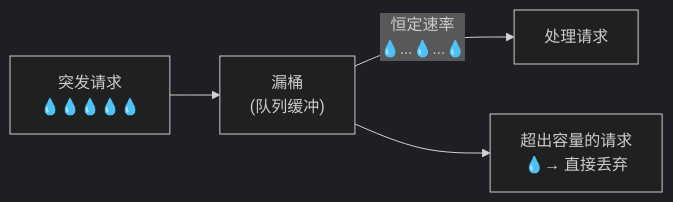
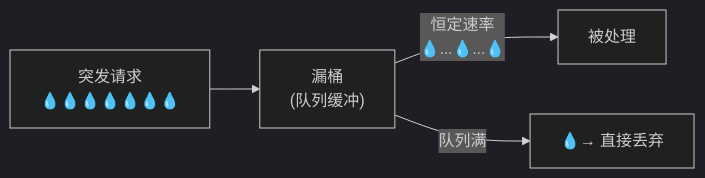
The third of 4 diagrams in content/posts/分布式/限流算法全解——计数器、滑动窗口、漏桶、令牌桶.md (guozy502/my-tech-blog), drawn with Mermaid (dark theme) before and after one commit. The commit also changed other lines of this file and 52 other files, not shown here.

````diff
--- a/content/posts/分布式/限流算法全解——计数器、滑动窗口、漏桶、令牌桶.md
+++ b/content/posts/分布式/限流算法全解——计数器、滑动窗口、漏桶、令牌桶.md
@@ -99,7 +115,7 @@
 ```mermaid
 flowchart LR
-    REQ["突发请求\n💧💧💧💧💧"] --> BUCKET["漏桶\n(队列缓冲)"]
-    BUCKET -->|"恒定速率\n💧...💧...💧"| OUT["处理请求"]
-    OVERFLOW["超出容量的请求\n💧→ 直接丢弃"]
-    BUCKET --> OVERFLOW
+    REQ["突发请求\n💧💧💧💧💧💧💧"] --> BUCKET["漏桶\n(队列缓冲)"]
+    BUCKET -->|"恒定速率\n💧...💧...💧"| OUT["被处理"]
+    OVERFLOW["💧→ 直接丢弃"]
+    BUCKET -->|"队列满"| OVERFLOW
 ```
````
